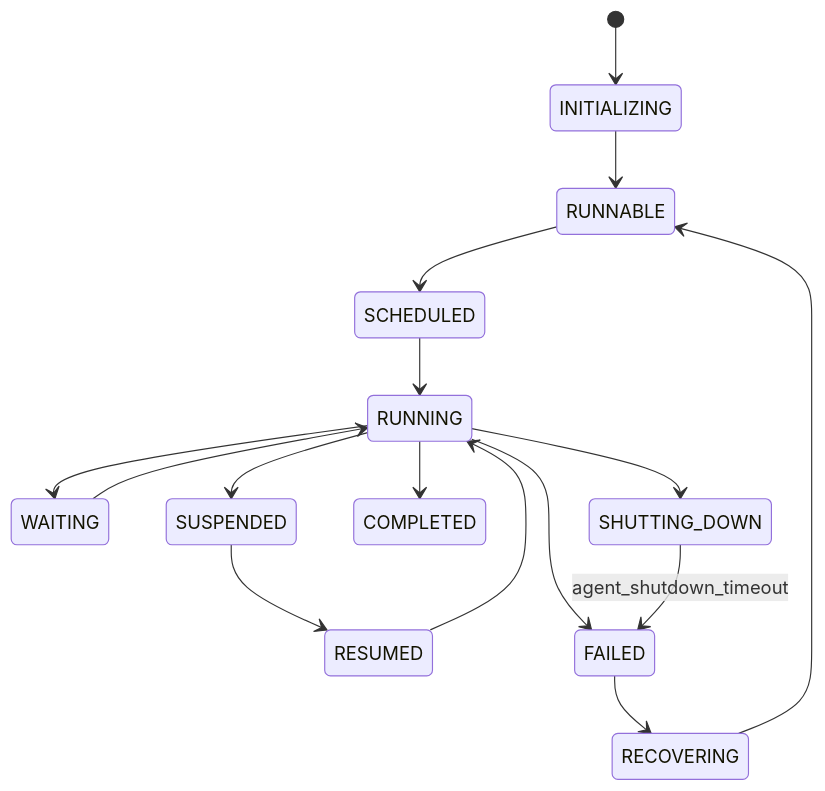
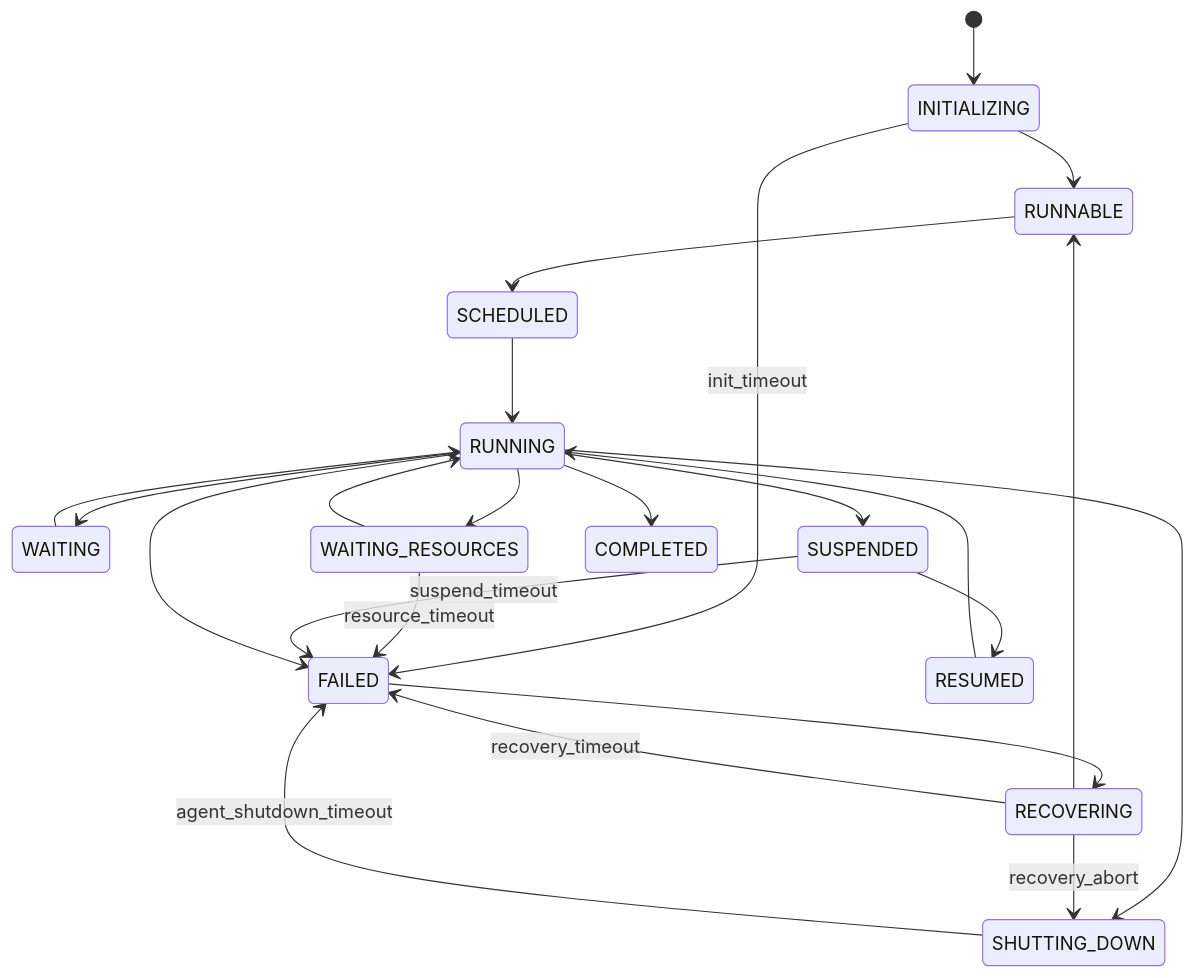
The third of 14 diagrams in documentation/protocol/spec.md (rahulrajaram/sw4rm), drawn with Mermaid before and after one commit. The commit also changed other lines of this file and 265 other files, not shown here.

````diff
--- a/documentation/protocol/spec.md
+++ b/documentation/protocol/spec.md
@@ -754,18 +1087,25 @@
 ```mermaid
 stateDiagram-v2
     [*] --> INITIALIZING
     INITIALIZING --> RUNNABLE
+    INITIALIZING --> FAILED: init_timeout
     RUNNABLE --> SCHEDULED
     SCHEDULED --> RUNNING
     RUNNING --> WAITING
     WAITING --> RUNNING
+    RUNNING --> WAITING_RESOURCES
+    WAITING_RESOURCES --> RUNNING
+    WAITING_RESOURCES --> FAILED: resource_timeout
     RUNNING --> SUSPENDED
     SUSPENDED --> RESUMED
+    SUSPENDED --> FAILED: suspend_timeout
     RESUMED --> RUNNING
     RUNNING --> COMPLETED
     RUNNING --> FAILED
     RUNNING --> SHUTTING_DOWN
     SHUTTING_DOWN --> FAILED: agent_shutdown_timeout
     FAILED --> RECOVERING
     RECOVERING --> RUNNABLE
+    RECOVERING --> FAILED: recovery_timeout
+    RECOVERING --> SHUTTING_DOWN: recovery_abort
 ```
````
